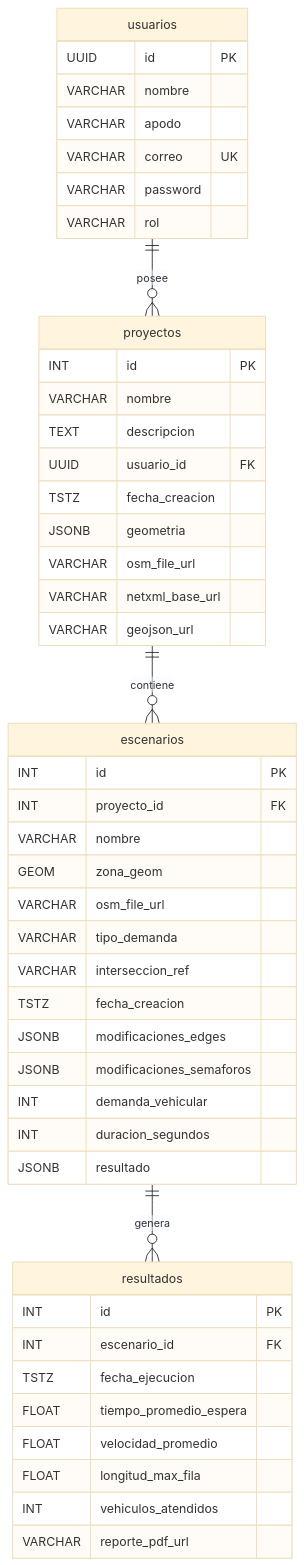
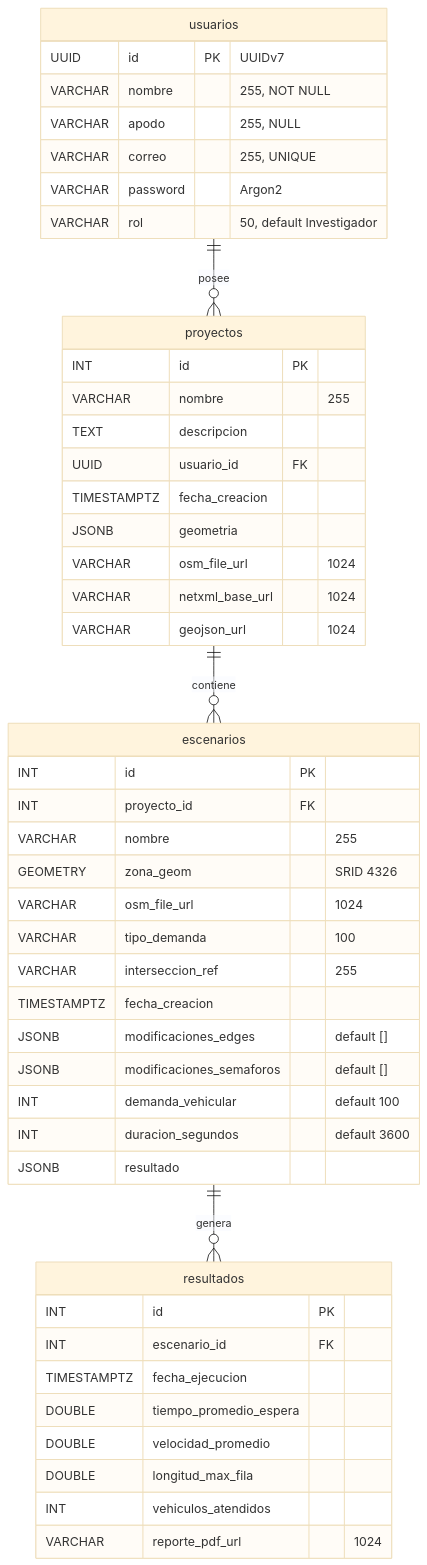
One commit to DMau1420/TranSystem-Twins changed the second of 2 diagrams in backend/README.md. Above: the diagram before and after it, drawn with Mermaid (base theme). The commit also changed other lines of this file and 12 other files, not shown here.

````diff
--- a/backend/README.md
+++ b/backend/README.md
@@ -249,54 +162,51 @@
 ```mermaid
 erDiagram
+    usuarios ||--o{ proyectos : "posee"
+    proyectos ||--o{ escenarios : "contiene"
+    escenarios ||--o{ resultados : "genera"
+
     usuarios {
-        UUID    id          PK
-        VARCHAR nombre
-        VARCHAR apodo
-        VARCHAR correo      UK
-        VARCHAR password
-        VARCHAR rol
+        UUID id PK "UUIDv7"
+        VARCHAR nombre "255, NOT NULL"
+        VARCHAR apodo "255, NULL"
+        VARCHAR correo "255, UNIQUE"
+        VARCHAR password "Argon2"
+        VARCHAR rol "50, default Investigador"
     }
-
     proyectos {
-        INT     id          PK
-        VARCHAR nombre
-        TEXT    descripcion
-        UUID    usuario_id  FK
-        TSTZ    fecha_creacion
-        JSONB   geometria
-        VARCHAR osm_file_url
-        VARCHAR netxml_base_url
-        VARCHAR geojson_url
+        INT id PK
+        VARCHAR nombre "255"
+        TEXT descripcion
+        UUID usuario_id FK
+        TIMESTAMPTZ fecha_creacion
+        JSONB geometria
+        VARCHAR osm_file_url "1024"
+        VARCHAR netxml_base_url "1024"
+        VARCHAR geojson_url "1024"
     }
-
     escenarios {
-        INT     id              PK
-        INT     proyecto_id     FK
-        VARCHAR nombre
-        GEOM    zona_geom
-        VARCHAR osm_file_url
-        VARCHAR tipo_demanda
-        VARCHAR interseccion_ref
-        TSTZ    fecha_creacion
-        JSONB   modificaciones_edges
-        JSONB   modificaciones_semaforos
-        INT     demanda_vehicular
-        INT     duracion_segundos
-        JSONB   resultado
+        INT id PK
+        INT proyecto_id FK
+        VARCHAR nombre "255"
+        GEOMETRY zona_geom "SRID 4326"
+        VARCHAR osm_file_url "1024"
+        VARCHAR tipo_demanda "100"
+        VARCHAR interseccion_ref "255"
+        TIMESTAMPTZ fecha_creacion
+        JSONB modificaciones_edges "default []"
+        JSONB modificaciones_semaforos "default []"
+        INT demanda_vehicular "default 100"
+        INT duracion_segundos "default 3600"
+        JSONB resultado
     }
-
     resultados {
-        INT     id              PK
-        INT     escenario_id    FK
-        TSTZ    fecha_ejecucion
-        FLOAT   tiempo_promedio_espera
-        FLOAT   velocidad_promedio
-        FLOAT   longitud_max_fila
-        INT     vehiculos_atendidos
-        VARCHAR reporte_pdf_url
+        INT id PK
+        INT escenario_id FK
+        TIMESTAMPTZ fecha_ejecucion
+        DOUBLE tiempo_promedio_espera
+        DOUBLE velocidad_promedio
+        DOUBLE longitud_max_fila
+        INT vehiculos_atendidos
+        VARCHAR reporte_pdf_url "1024"
     }
-
-    usuarios ||--o{ proyectos      : "posee"
-    proyectos ||--o{ escenarios    : "contiene"
-    escenarios ||--o{ resultados   : "genera"
 ```
````
